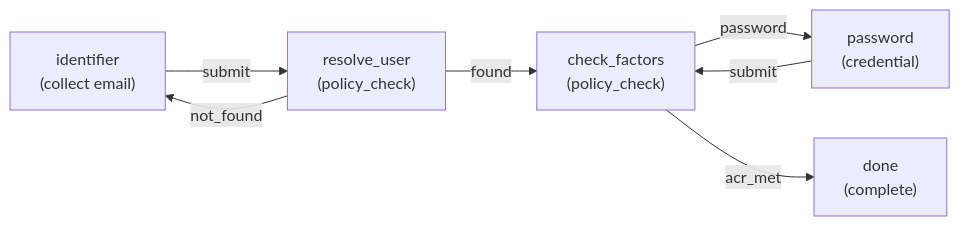
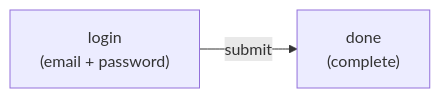
Before and after one commit to zitadel/nextgen: the third of 10 diagrams in docs/design/flowengine/flow-engine-guide.md, drawn with Mermaid. The commit also changed other lines of this file and 15 other files, not shown here.

Commit message:
refactor: simplify flow engine to schema-driven step model (#50)

````diff
--- a/docs/design/flowengine/flow-engine-guide.md
+++ b/docs/design/flowengine/flow-engine-guide.md
@@ -252,15 +247,7 @@
 ```mermaid
 graph LR
-    identifier["identifier<br>(collect email)"]
-    resolve["resolve_user<br>(policy_check)"]
-    password["password<br>(credential)"]
-    check["check_factors<br>(policy_check)"]
+    login["login<br>(email + password)"]
     done["done<br>(complete)"]
 
-    identifier -->|submit| resolve
-    resolve -->|found| check
-    resolve -->|not_found| identifier
-    check -->|password| password
-    check -->|acr_met| done
-    password -->|submit| check
+    login -->|submit| done
 ```
````
